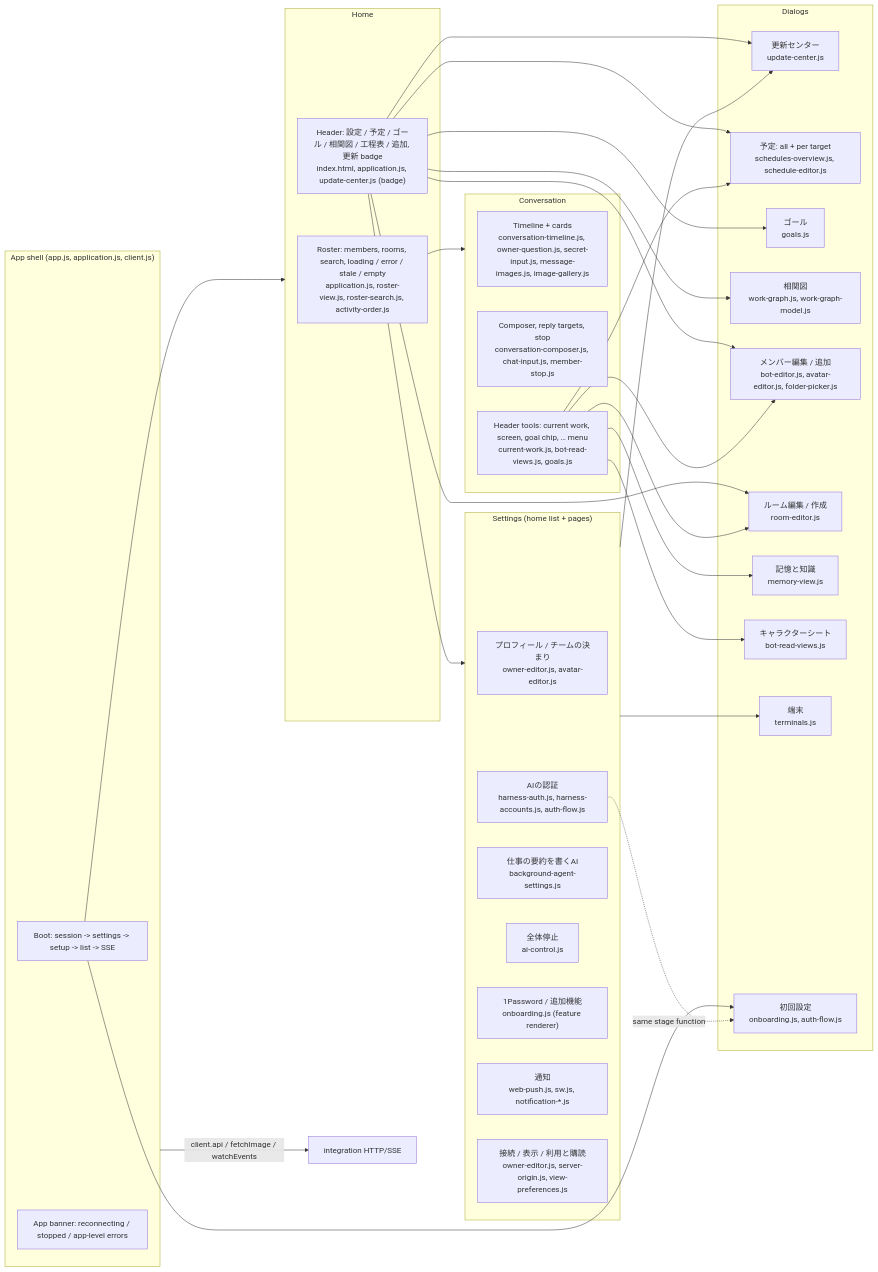
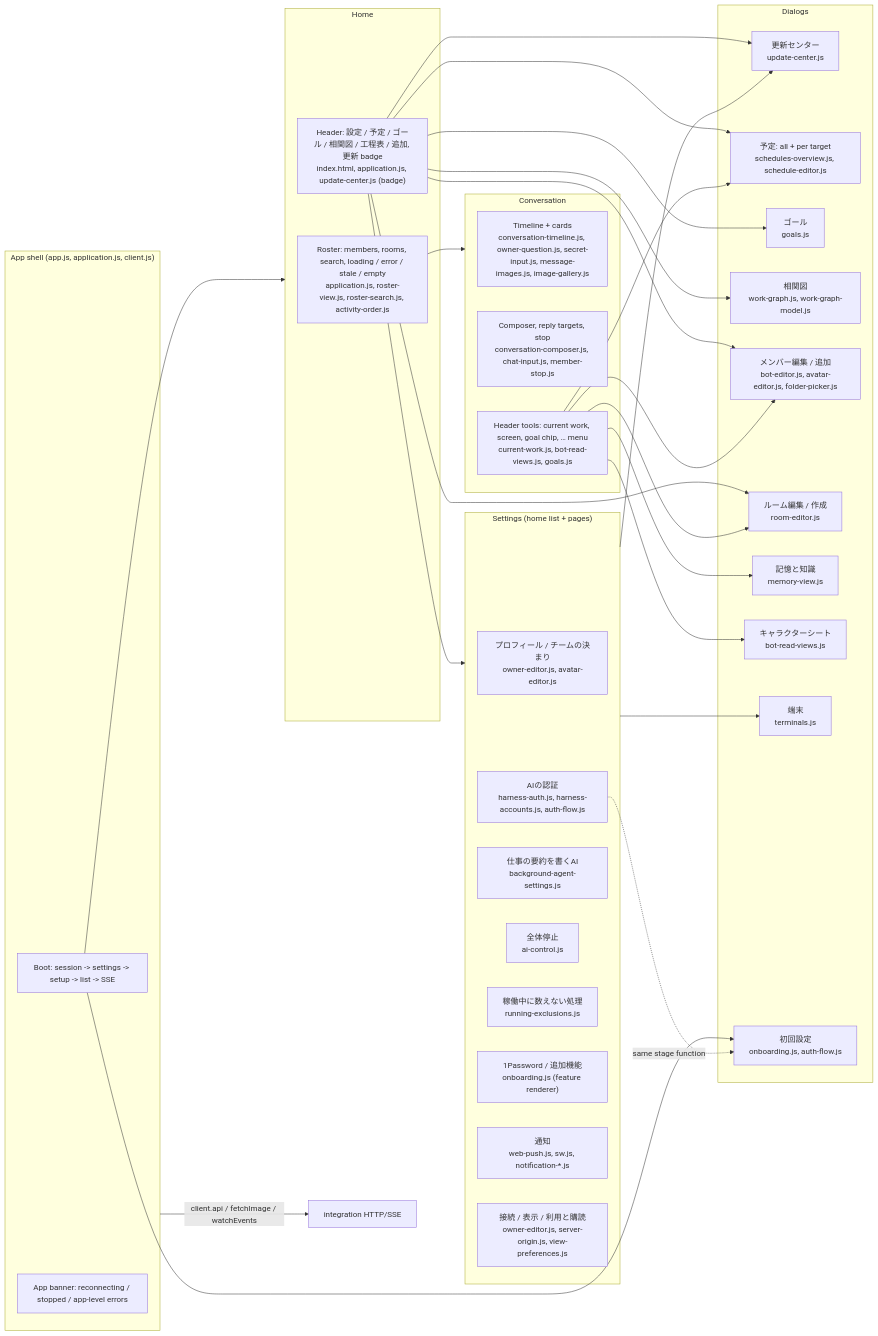
The diagram in docs/architecture/modules/web/user-functions.md (kitepon/BellTeam), drawn with Mermaid before and after one commit. The commit also changed other lines of this file and 9 other files, not shown here.

````diff
--- a/docs/architecture/modules/web/user-functions.md
+++ b/docs/architecture/modules/web/user-functions.md
@@ -5,56 +5,57 @@
 ```mermaid
 flowchart LR
   subgraph Shell["App shell (app.js, application.js, client.js)"]
     Boot["Boot: session -> settings -> setup -> list -> SSE"]
     Banner["App banner: reconnecting / stopped / app-level errors"]
   end
   subgraph Home["Home"]
     Roster["Roster: members, rooms, search, loading / error / stale / empty<br/>application.js, roster-view.js, roster-search.js, activity-order.js"]
     Header["Header: 設定 / 予定 / ゴール / 相関図 / 工程表 / 追加, 更新 badge<br/>index.html, application.js, update-center.js (badge)"]
   end
   subgraph Chat["Conversation"]
     Timeline["Timeline + cards<br/>conversation-timeline.js, owner-question.js, secret-input.js, message-images.js, image-gallery.js"]
     Composer["Composer, reply targets, stop<br/>conversation-composer.js, chat-input.js, member-stop.js"]
     ChatTools["Header tools: current work, screen, goal chip, … menu<br/>current-work.js, bot-read-views.js, goals.js"]
   end
   subgraph Settings["Settings (home list + pages)"]
     SProfile["プロフィール / チームの決まり<br/>owner-editor.js, avatar-editor.js"]
     SAI["AIの認証<br/>harness-auth.js, harness-accounts.js, auth-flow.js"]
     SSum["仕事の要約を書くAI<br/>background-agent-settings.js"]
     SStop["全体停止<br/>ai-control.js"]
+    SExcl["稼働中に数えない処理<br/>running-exclusions.js"]
     SFeat["1Password / 追加機能<br/>onboarding.js (feature renderer)"]
     SNotif["通知<br/>web-push.js, sw.js, notification-*.js"]
     SConn["接続 / 表示 / 利用と購読<br/>owner-editor.js, server-origin.js, view-preferences.js"]
   end
   subgraph Dialogs["Dialogs"]
     Upd["更新センター<br/>update-center.js"]
     Sched["予定: all + per target<br/>schedules-overview.js, schedule-editor.js"]
     Goals["ゴール<br/>goals.js"]
     Graph["相関図<br/>work-graph.js, work-graph-model.js"]
     Member["メンバー編集 / 追加<br/>bot-editor.js, avatar-editor.js, folder-picker.js"]
     Room["ルーム編集 / 作成<br/>room-editor.js"]
     Memory["記憶と知識<br/>memory-view.js"]
     Sheet["キャラクターシート<br/>bot-read-views.js"]
     Term["端末<br/>terminals.js"]
     Onb["初回設定<br/>onboarding.js, auth-flow.js"]
   end
   Boot --> Home
   Boot --> Onb
   Header --> Settings
   Header --> Sched
   Header --> Goals
   Header --> Graph
   Header --> Upd
   Header --> Member
   Header --> Room
   Roster --> Chat
   ChatTools --> Member
   ChatTools --> Room
   ChatTools --> Sched
   ChatTools --> Memory
   ChatTools --> Sheet
   SAI -.same stage function.-> Onb
   Settings --> Term
   Settings --> Upd
   Shell -->|"client.api / fetchImage / watchEvents"| HTTP["integration HTTP/SSE"]
 ```
````
